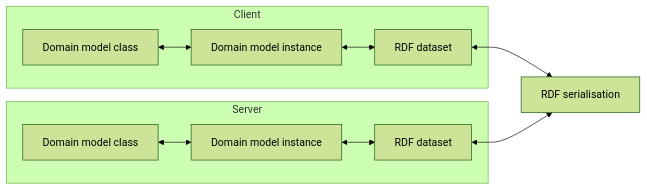
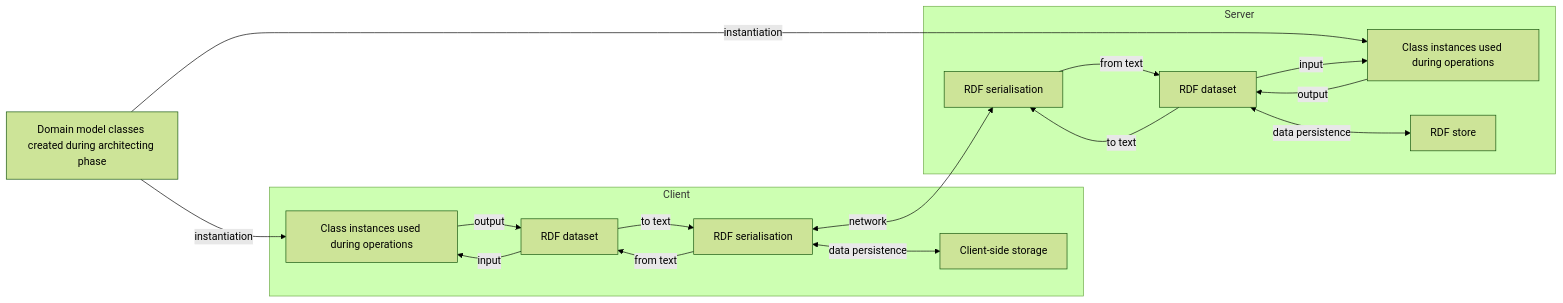
The first of 2 diagrams in README.md (doga/qworum-domain-model), drawn with Mermaid (forest theme) before and after one commit. The commit also changed other lines of this file and 16 other files, not shown here.

````diff
--- a/README.md
+++ b/README.md
@@ -53,24 +64,34 @@
 ```mermaid
 flowchart LR
-  clientClass[Domain model class]
-  clientInstance[Domain model instance]
+  domainModelClass[Domain model classes created during architecting phase]
+
+  clientInstance[Class instances used during operations]
   clientRdfDataset[RDF dataset]
+  clientRdfSerialisation[RDF serialisation]
+  clientStorage[Client-side storage]
 
-  serverClass[Domain model class]
-  serverInstance[Domain model instance]
+  serverInstance[Class instances used during operations]
   serverRdfDataset[RDF dataset]
+  serverRdfSerialisation[RDF serialisation]
+  rdfStore[RDF store]
 
-  rdfSerialisation[RDF serialisation]
+  domainModelClass -- instantiation --> clientInstance
+  domainModelClass -- instantiation --> serverInstance
 
   subgraph Client
-    clientClass <--> clientInstance
-    clientInstance <--> clientRdfDataset
+    clientInstance -- output --> clientRdfDataset
+    clientRdfDataset -- input --> clientInstance
+    clientRdfDataset -- to text --> clientRdfSerialisation
+    clientRdfSerialisation -- from text --> clientRdfDataset
+    clientRdfSerialisation <-- data persistence --> clientStorage
   end
   subgraph Server
-    serverClass <--> serverInstance
-    serverInstance <--> serverRdfDataset
+    serverInstance -- output --> serverRdfDataset
+    serverRdfDataset -- input --> serverInstance
+    serverRdfDataset -- to text --> serverRdfSerialisation
+    serverRdfSerialisation -- from text --> serverRdfDataset
+    serverRdfDataset <-- data persistence --> rdfStore
   end
-  clientRdfDataset <--> rdfSerialisation
-  serverRdfDataset <--> rdfSerialisation
-  
+
+  clientRdfSerialisation <--network--> serverRdfSerialisation
 ```
````
